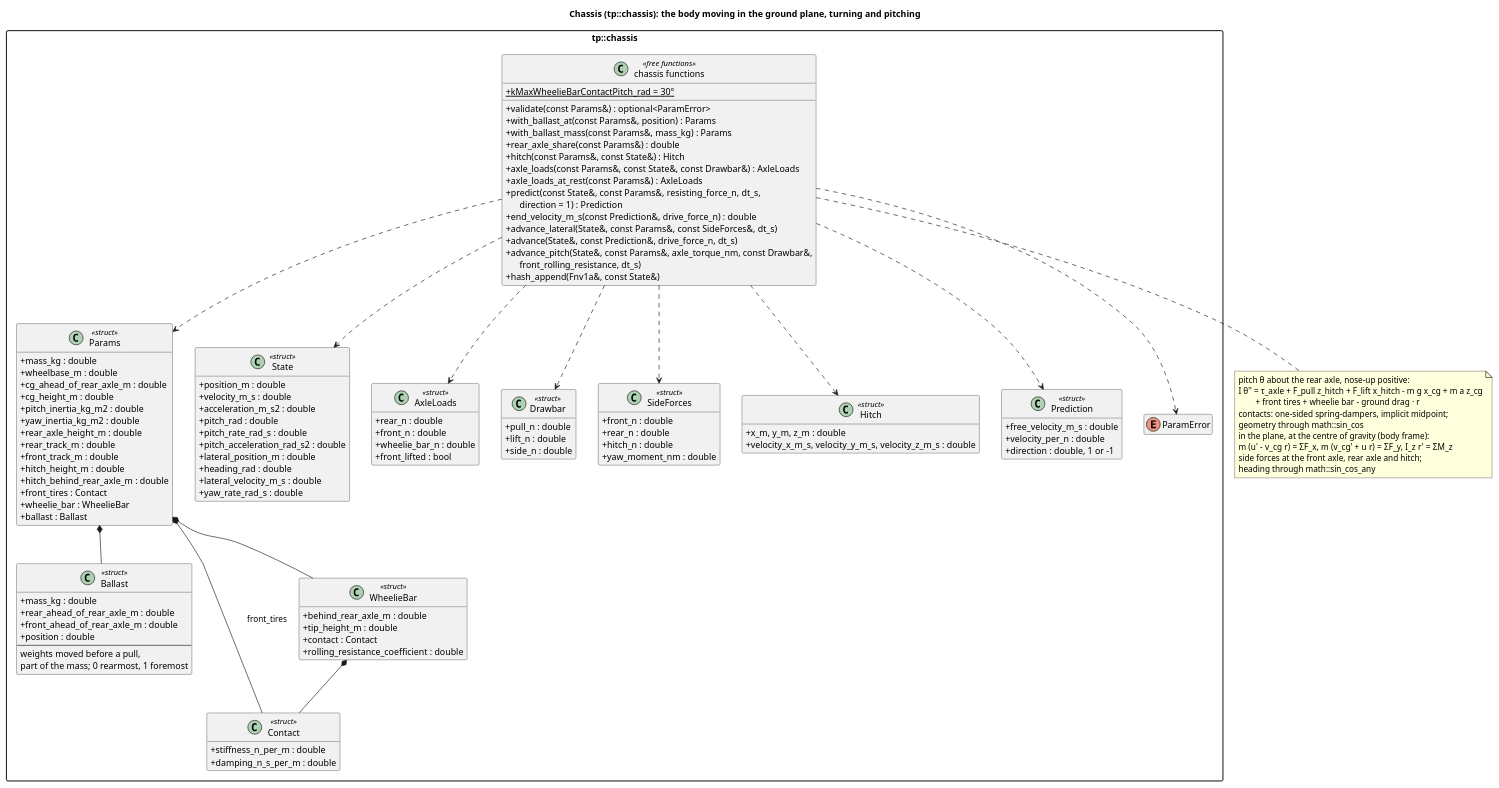
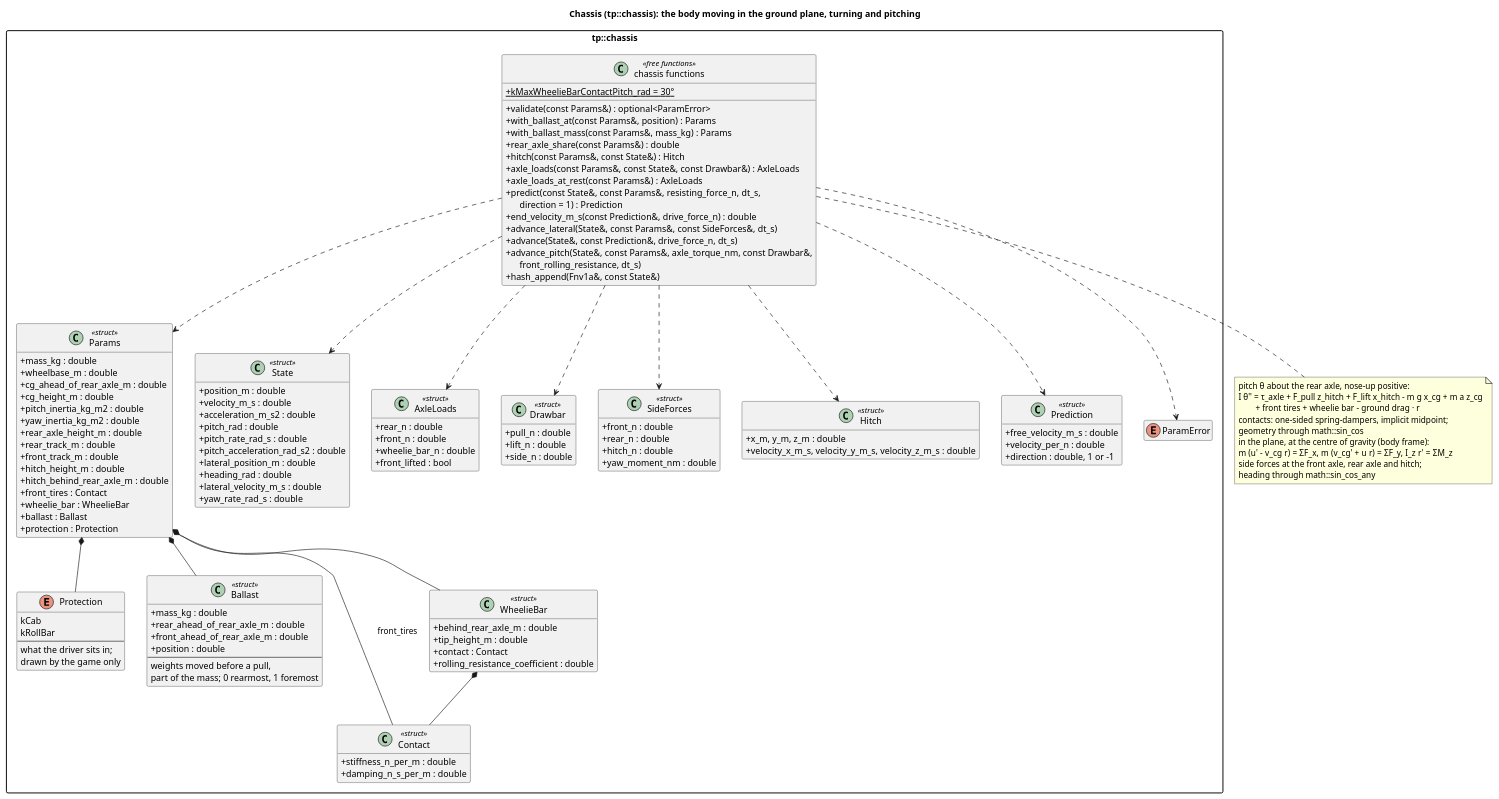
Before and after one commit to wversteeg/TractorPulling: the diagram in docs/diagrams/chassis_classes.puml, drawn with PlantUML. The commit also changed 13 other files, not shown here.

First line of the commit message:
Sport 2.5 t: a roll bar instead of a cab, and the docs

```diff
--- a/docs/diagrams/chassis_classes.puml
+++ b/docs/diagrams/chassis_classes.puml
@@ -1,122 +1,131 @@
 @startuml chassis_classes
 title Chassis (tp::chassis): the body moving in the ground plane, turning and pitching
 hide empty members
 skinparam packageStyle rectangle
 skinparam classAttributeIconSize 0
 
 package "tp::chassis" {
   class Params <<struct>> {
     +mass_kg : double
     +wheelbase_m : double
     +cg_ahead_of_rear_axle_m : double
     +cg_height_m : double
     +pitch_inertia_kg_m2 : double
     +yaw_inertia_kg_m2 : double
     +rear_axle_height_m : double
     +rear_track_m : double
     +front_track_m : double
     +hitch_height_m : double
     +hitch_behind_rear_axle_m : double
     +front_tires : Contact
     +wheelie_bar : WheelieBar
     +ballast : Ballast
+    +protection : Protection
+  }
+  enum Protection {
+    kCab
+    kRollBar
+    --
+    what the driver sits in;
+    drawn by the game only
   }
   class Ballast <<struct>> {
     +mass_kg : double
     +rear_ahead_of_rear_axle_m : double
     +front_ahead_of_rear_axle_m : double
     +position : double
     --
     weights moved before a pull,
     part of the mass; 0 rearmost, 1 foremost
   }
   class Contact <<struct>> {
     +stiffness_n_per_m : double
     +damping_n_s_per_m : double
   }
   class WheelieBar <<struct>> {
     +behind_rear_axle_m : double
     +tip_height_m : double
     +contact : Contact
     +rolling_resistance_coefficient : double
   }
   class State <<struct>> {
     +position_m : double
     +velocity_m_s : double
     +acceleration_m_s2 : double
     +pitch_rad : double
     +pitch_rate_rad_s : double
     +pitch_acceleration_rad_s2 : double
     +lateral_position_m : double
     +heading_rad : double
     +lateral_velocity_m_s : double
     +yaw_rate_rad_s : double
   }
   class AxleLoads <<struct>> {
     +rear_n : double
     +front_n : double
     +wheelie_bar_n : double
     +front_lifted : bool
   }
   class Drawbar <<struct>> {
     +pull_n : double
     +lift_n : double
     +side_n : double
   }
   class SideForces <<struct>> {
     +front_n : double
     +rear_n : double
     +hitch_n : double
     +yaw_moment_nm : double
   }
   class Hitch <<struct>> {
     +x_m, y_m, z_m : double
     +velocity_x_m_s, velocity_y_m_s, velocity_z_m_s : double
   }
   class Prediction <<struct>> {
     +free_velocity_m_s : double
     +velocity_per_n : double
     +direction : double, 1 or -1
   }
   enum ParamError
   class "chassis functions" as ChassisFns <<free functions>> {
     +{static} kMaxWheelieBarContactPitch_rad = 30°
     +validate(const Params&) : optional<ParamError>
     +with_ballast_at(const Params&, position) : Params
     +with_ballast_mass(const Params&, mass_kg) : Params
     +rear_axle_share(const Params&) : double
     +hitch(const Params&, const State&) : Hitch
     +axle_loads(const Params&, const State&, const Drawbar&) : AxleLoads
     +axle_loads_at_rest(const Params&) : AxleLoads
     +predict(const State&, const Params&, resisting_force_n, dt_s,\n      direction = 1) : Prediction
     +end_velocity_m_s(const Prediction&, drive_force_n) : double
     +advance_lateral(State&, const Params&, const SideForces&, dt_s)
     +advance(State&, const Prediction&, drive_force_n, dt_s)
     +advance_pitch(State&, const Params&, axle_torque_nm, const Drawbar&,\n      front_rolling_resistance, dt_s)
     +hash_append(Fnv1a&, const State&)
   }
   Params *-- Contact : front_tires
   Params *-- WheelieBar
   Params *-- Ballast
+  Params *-- Protection
   WheelieBar *-- Contact
   ChassisFns ..> Params
   ChassisFns ..> State
   ChassisFns ..> AxleLoads
   ChassisFns ..> Prediction
   ChassisFns ..> Drawbar
   ChassisFns ..> Hitch
   ChassisFns ..> SideForces
   ChassisFns ..> ParamError
 }
 note bottom of ChassisFns
   pitch θ about the rear axle, nose-up positive:
   I θ'' = τ_axle + F_pull z_hitch + F_lift x_hitch - m g x_cg + m a z_cg
           + front tires + wheelie bar - ground drag · r
   contacts: one-sided spring-dampers, implicit midpoint;
   geometry through math::sin_cos
   in the plane, at the centre of gravity (body frame):
   m (u' - v_cg r) = ΣF_x,  m (v_cg' + u r) = ΣF_y,  I_z r' = ΣM_z
   side forces at the front axle, rear axle and hitch;
   heading through math::sin_cos_any
 end note
 @enduml
```
